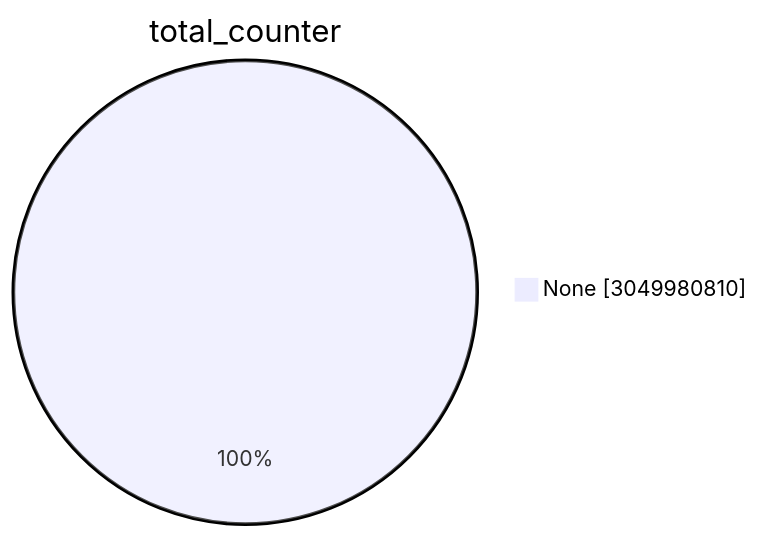
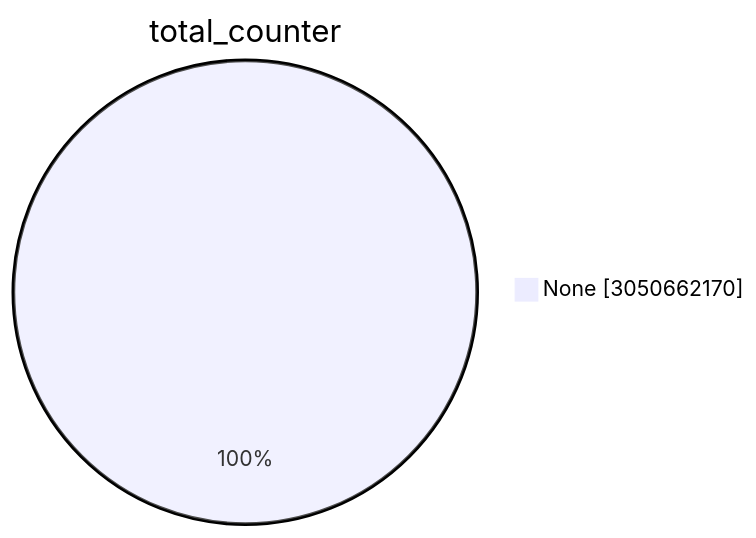
The first of 15 diagrams in TOTAL/README.md (christiankrug/ctmonitor_visualization), drawn with Mermaid before and after one commit. The commit also changed other lines of this file, not shown here.

````diff
--- a/TOTAL/README.md
+++ b/TOTAL/README.md
@@ -1,5 +1,5 @@
 ```mermaid
 pie showData
 title total_counter
-"None" :3049980810
+"None" :3050662170
 ```
````
